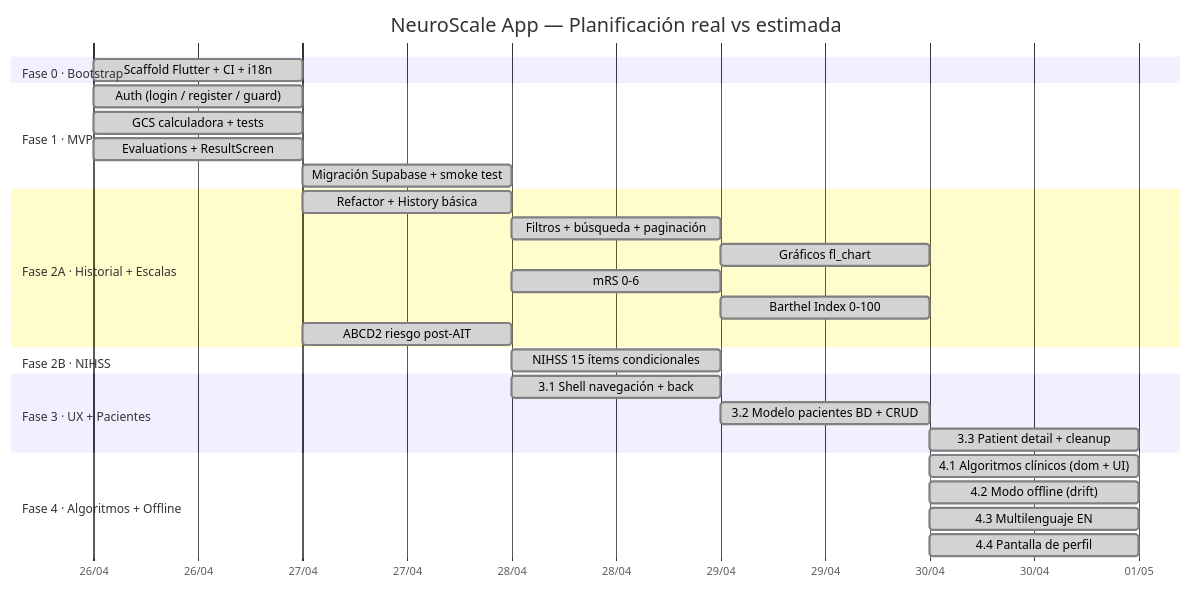
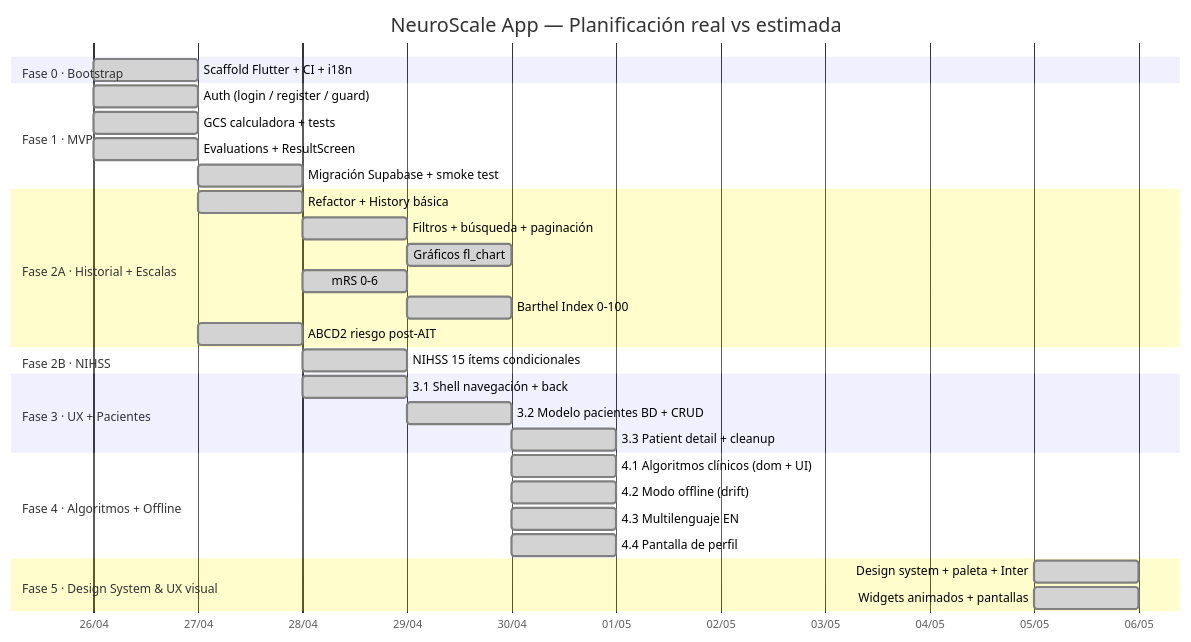
One commit to grisllo/NeuroScaleApp changed the diagram in README.md. Above: the diagram before and after it, drawn with Mermaid. The commit also changed other lines of this file and 1 other file, not shown here.

Commit message:
docs: añade Fase 5 (design system & UX visual) al ROADMAP y README
- ROADMAP: estado actual → Fase 5 completada (2026-05-05), nueva sección
  con entregables, commits y decisiones de diseño
- README: Stack añade Inter (google_fonts), Gantt añade sección Fase 5

````diff
--- a/README.md
+++ b/README.md
@@ -13,37 +13,41 @@
 ```mermaid
 gantt
     title NeuroScale App — Planificación real vs estimada
     dateFormat  YYYY-MM-DD
     axisFormat  %d/%m
 
     section Fase 0 · Bootstrap
     Scaffold Flutter + CI + i18n       :done, f0,  2026-04-26, 1d
 
     section Fase 1 · MVP
     Auth (login / register / guard)    :done, f1a, 2026-04-26, 1d
     GCS calculadora + tests            :done, f1b, 2026-04-26, 1d
     Evaluations + ResultScreen         :done, f1c, 2026-04-26, 1d
     Migración Supabase + smoke test    :done, f1d, 2026-04-27, 1d
 
     section Fase 2A · Historial + Escalas
     Refactor + History básica          :done, f2a1, 2026-04-27, 1d
     Filtros + búsqueda + paginación    :done, f2a2, after f2a1, 1d
     Gráficos fl_chart                  :done, f2a3, after f2a2, 1d
     mRS 0-6                            :done, f2a4, after f2a1, 1d
     Barthel Index 0-100                :done, f2a5, after f2a4, 1d
     ABCD2 riesgo post-AIT              :done, f2a6, 2026-04-27, 1d
 
     section Fase 2B · NIHSS
     NIHSS 15 ítems condicionales       :done, f2b, 2026-04-28, 1d
 
     section Fase 3 · UX + Pacientes
     3.1 Shell navegación + back         :done, f3a, 2026-04-28, 1d
     3.2 Modelo pacientes BD + CRUD      :done, f3b, 2026-04-29, 1d
     3.3 Patient detail + cleanup        :done, f3c, 2026-04-30, 1d
 
     section Fase 4 · Algoritmos + Offline
     4.1 Algoritmos clínicos (dom + UI)  :done, f4a, 2026-04-30, 1d
     4.2 Modo offline (drift)            :done, f4b, 2026-04-30, 1d
     4.3 Multilenguaje EN                :done, f4c, 2026-04-30, 1d
     4.4 Pantalla de perfil              :done, f4d, 2026-04-30, 1d
+
+    section Fase 5 · Design System & UX visual
+    Design system + paleta + Inter      :done, f5a, 2026-05-05, 1d
+    Widgets animados + pantallas        :done, f5b, 2026-05-05, 1d
 ```
````
